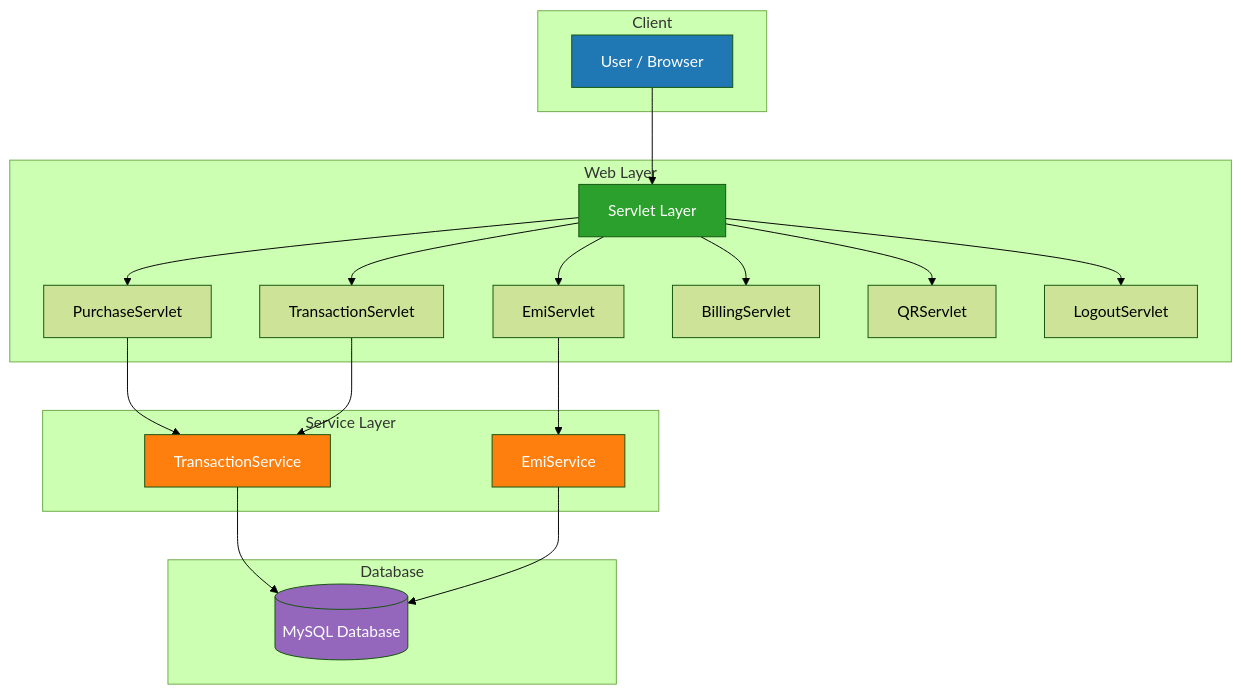
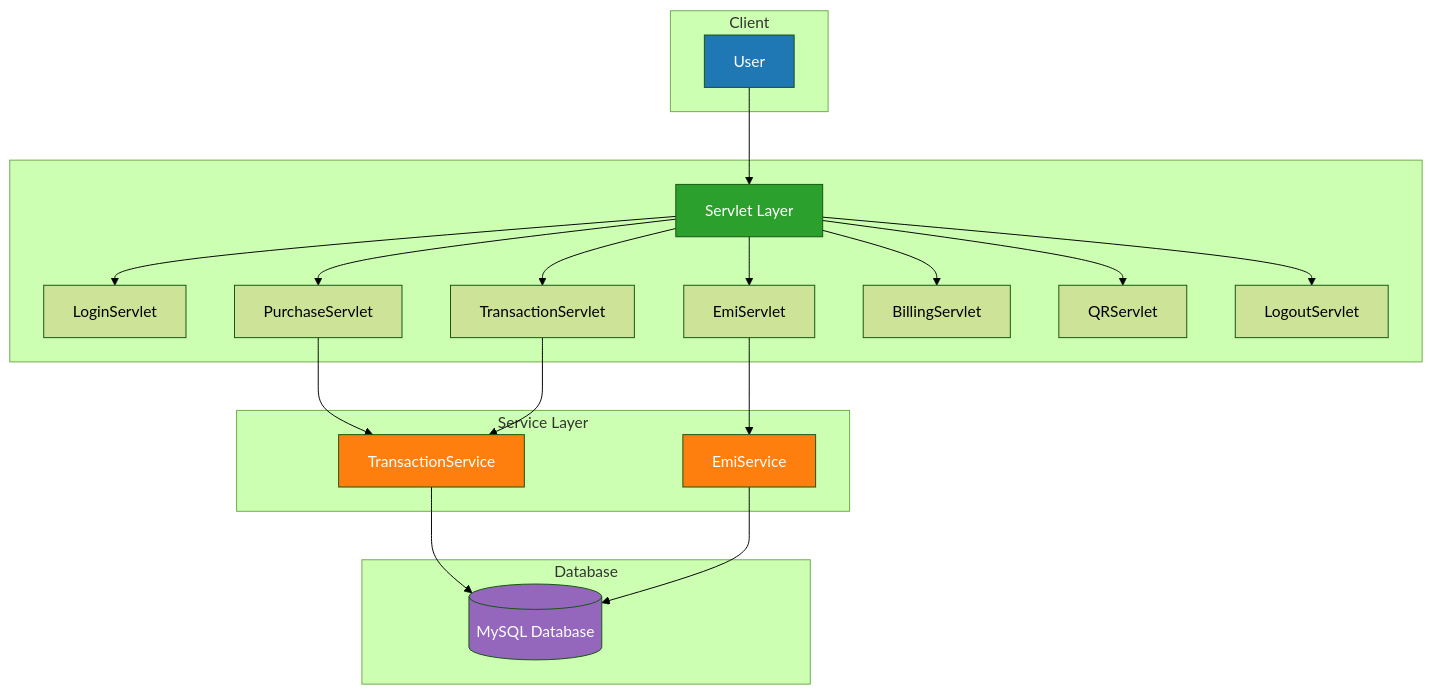
Before and after one commit to gowtham2803/Credit_Card_Management_System: the first of 3 diagrams in Mermaid.md, drawn with Mermaid (forest theme). The commit also changed other lines of this file, not shown here.

First line of the commit message:
Update Mermaid.md

````diff
--- a/Mermaid.md
+++ b/Mermaid.md
@@ -3,50 +3,52 @@
 ```mermaid
 graph TD
 
 %% Layers
 subgraph Client
-A[User / Browser]
+A[User]
 end
 
-subgraph Web Layer
+subgraph " "
 B[Servlet Layer]
-C1[PurchaseServlet]
-C2[TransactionServlet]
-C3[EmiServlet]
-C4[BillingServlet]
-C5[QRServlet]
-C6[LogoutServlet]
+C1[LoginServlet]
+C2[PurchaseServlet]
+C3[TransactionServlet]
+C4[EmiServlet]
+C5[BillingServlet]
+C6[QRServlet]
+C7[LogoutServlet]
 end
 
 subgraph Service Layer
 D1[TransactionService]
 D2[EmiService]
 end
 
 subgraph Database
 E[(MySQL Database)]
 end
 
 %% Flow
 A --> B
 B --> C1
 B --> C2
 B --> C3
 B --> C4
 B --> C5
 B --> C6
+B --> C7
 
-C1 --> D1
 C2 --> D1
-C3 --> D2
+C3 --> D1
+C4 --> D2
 
 D1 --> E
 D2 --> E
 
 %% Styling
 style A fill:#1f77b4,color:#fff
 style B fill:#2ca02c,color:#fff
 style D1 fill:#ff7f0e,color:#fff
 style D2 fill:#ff7f0e,color:#fff
 style E fill:#9467bd,color:#fff
 ```
````
